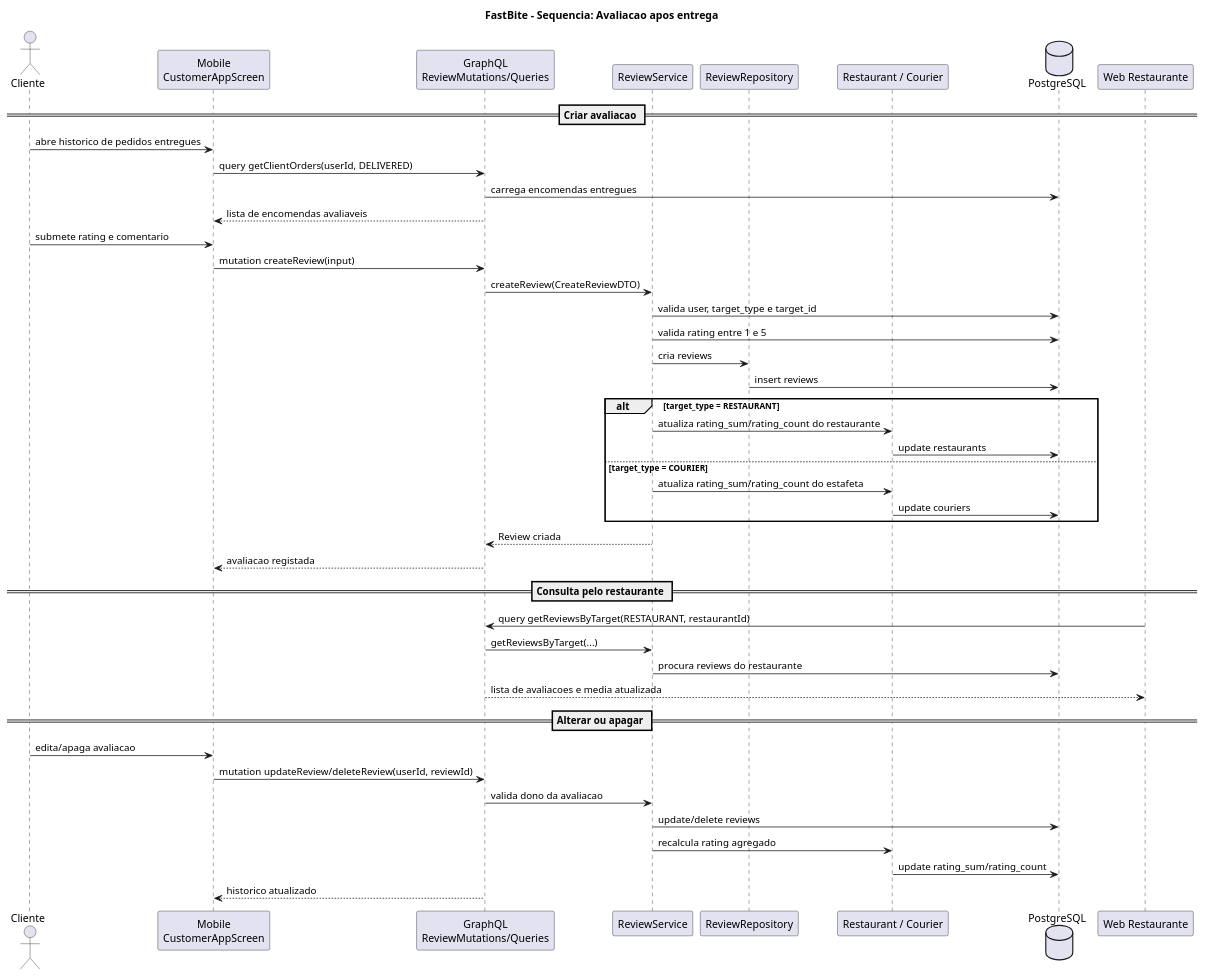
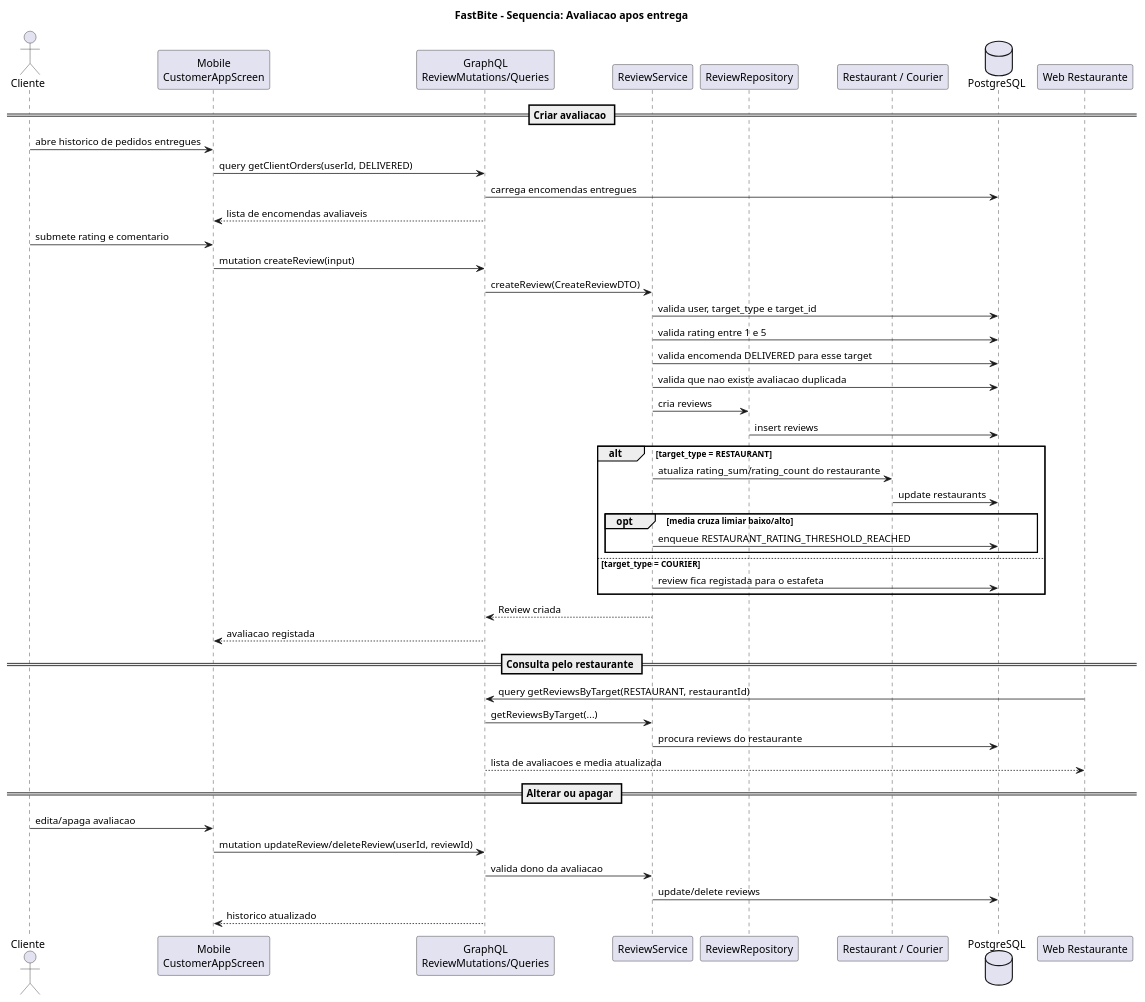
The diagram in Documentacao/docs novas/03g_sequencia_avaliacao_pos_entrega.puml (DuarteMSousa/FastBite), drawn with PlantUML before and after one commit. The commit also changed 3 other files, not shown here.

First line of the commit message:
Refine PlantUML diagrams and sequence flows

```diff
--- a/Documentacao/docs novas/03g_sequencia_avaliacao_pos_entrega.puml
+++ b/Documentacao/docs novas/03g_sequencia_avaliacao_pos_entrega.puml
@@ -1,58 +1,60 @@
 @startuml FastBite_Seq_Avaliacao_Pos_Entrega
 title FastBite - Sequencia: Avaliacao apos entrega
 
 skinparam shadowing false
 
 actor Cliente
 participant "Mobile\nCustomerAppScreen" as Mobile
 participant "GraphQL\nReviewMutations/Queries" as GQL
 participant "ReviewService" as ReviewSvc
 participant "ReviewRepository" as ReviewRepo
 participant "Restaurant / Courier" as Target
 database "PostgreSQL" as DB
 participant "Web Restaurante" as Web
 
 == Criar avaliacao ==
 
 Cliente -> Mobile: abre historico de pedidos entregues
 Mobile -> GQL: query getClientOrders(userId, DELIVERED)
 GQL -> DB: carrega encomendas entregues
 GQL --> Mobile: lista de encomendas avaliaveis
 
 Cliente -> Mobile: submete rating e comentario
 Mobile -> GQL: mutation createReview(input)
 GQL -> ReviewSvc: createReview(CreateReviewDTO)
 ReviewSvc -> DB: valida user, target_type e target_id
 ReviewSvc -> DB: valida rating entre 1 e 5
+ReviewSvc -> DB: valida encomenda DELIVERED para esse target
+ReviewSvc -> DB: valida que nao existe avaliacao duplicada
 ReviewSvc -> ReviewRepo: cria reviews
 ReviewRepo -> DB: insert reviews
 
 alt target_type = RESTAURANT
   ReviewSvc -> Target: atualiza rating_sum/rating_count do restaurante
   Target -> DB: update restaurants
+  opt media cruza limiar baixo/alto
+    ReviewSvc -> DB: enqueue RESTAURANT_RATING_THRESHOLD_REACHED
+  end
 else target_type = COURIER
-  ReviewSvc -> Target: atualiza rating_sum/rating_count do estafeta
-  Target -> DB: update couriers
+  ReviewSvc -> DB: review fica registada para o estafeta
 end
 
 ReviewSvc --> GQL: Review criada
 GQL --> Mobile: avaliacao registada
 
 == Consulta pelo restaurante ==
 
 Web -> GQL: query getReviewsByTarget(RESTAURANT, restaurantId)
 GQL -> ReviewSvc: getReviewsByTarget(...)
 ReviewSvc -> DB: procura reviews do restaurante
 GQL --> Web: lista de avaliacoes e media atualizada
 
 == Alterar ou apagar ==
 
 Cliente -> Mobile: edita/apaga avaliacao
 Mobile -> GQL: mutation updateReview/deleteReview(userId, reviewId)
 GQL -> ReviewSvc: valida dono da avaliacao
 ReviewSvc -> DB: update/delete reviews
-ReviewSvc -> Target: recalcula rating agregado
-Target -> DB: update rating_sum/rating_count
 GQL --> Mobile: historico atualizado
 
 @enduml
```
